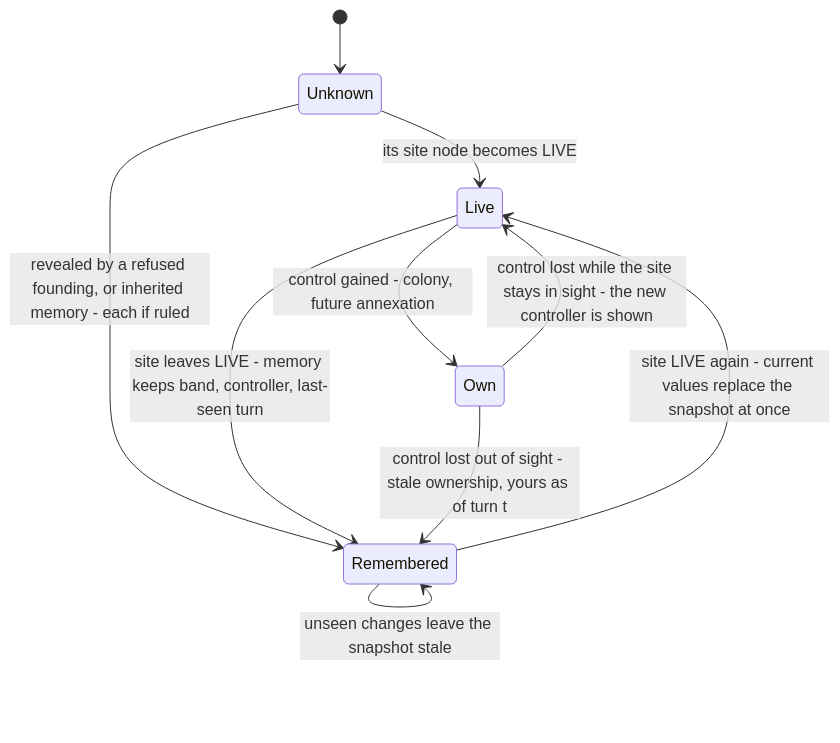
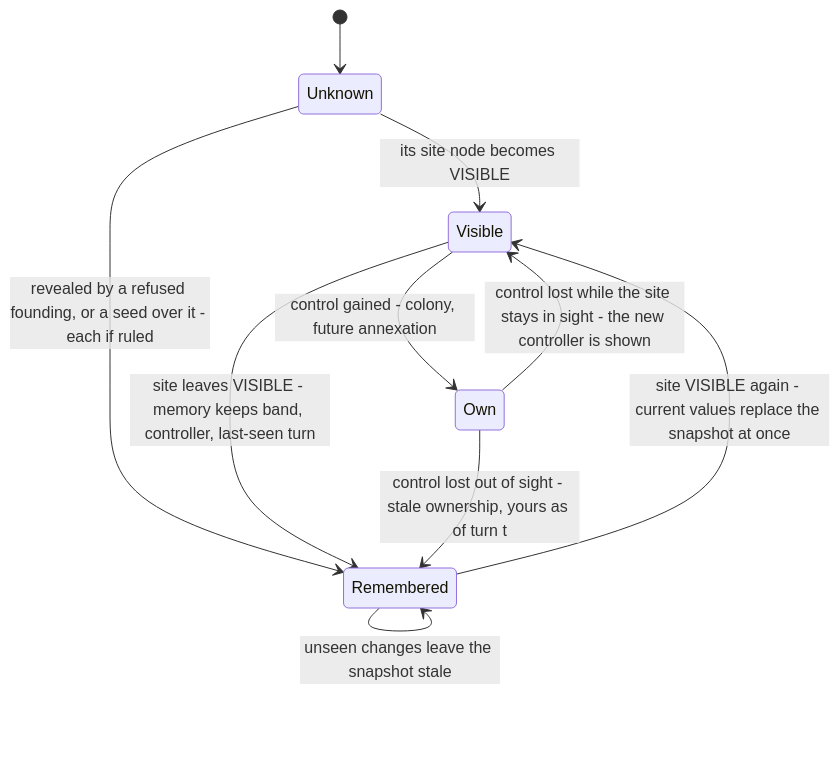
Before and after one commit to adityamisra010-cmd/civDemo: the second of 3 diagrams in docs/m6-plan/knowledge-redesign/fog-of-war-proposal.md, drawn with Mermaid. The commit also changed other lines of this file and 88 other files, not shown here.

````diff
--- a/docs/m6-plan/knowledge-redesign/fog-of-war-proposal.md
+++ b/docs/m6-plan/knowledge-redesign/fog-of-war-proposal.md
@@ -280,12 +342,12 @@
 ```mermaid
 stateDiagram-v2
     [*] --> Unknown
-    Unknown --> Live : its site node becomes LIVE
-    Unknown --> Remembered : revealed by a refused founding, or inherited memory - each if ruled
-    Live --> Remembered : site leaves LIVE - memory keeps band, controller, last-seen turn
-    Remembered --> Live : site LIVE again - current values replace the snapshot at once
-    Live --> Own : control gained - colony, future annexation
-    Own --> Live : control lost while the site stays in sight - the new controller is shown
+    Unknown --> Visible : its site node becomes VISIBLE
+    Unknown --> Remembered : revealed by a refused founding, or a seed over it - each if ruled
+    Visible --> Remembered : site leaves VISIBLE - memory keeps band, controller, last-seen turn
+    Remembered --> Visible : site VISIBLE again - current values replace the snapshot at once
+    Visible --> Own : control gained - colony, future annexation
+    Own --> Visible : control lost while the site stays in sight - the new controller is shown
     Own --> Remembered : control lost out of sight - stale ownership, yours as of turn t
     Remembered --> Remembered : unseen changes leave the snapshot stale
 ```
````
